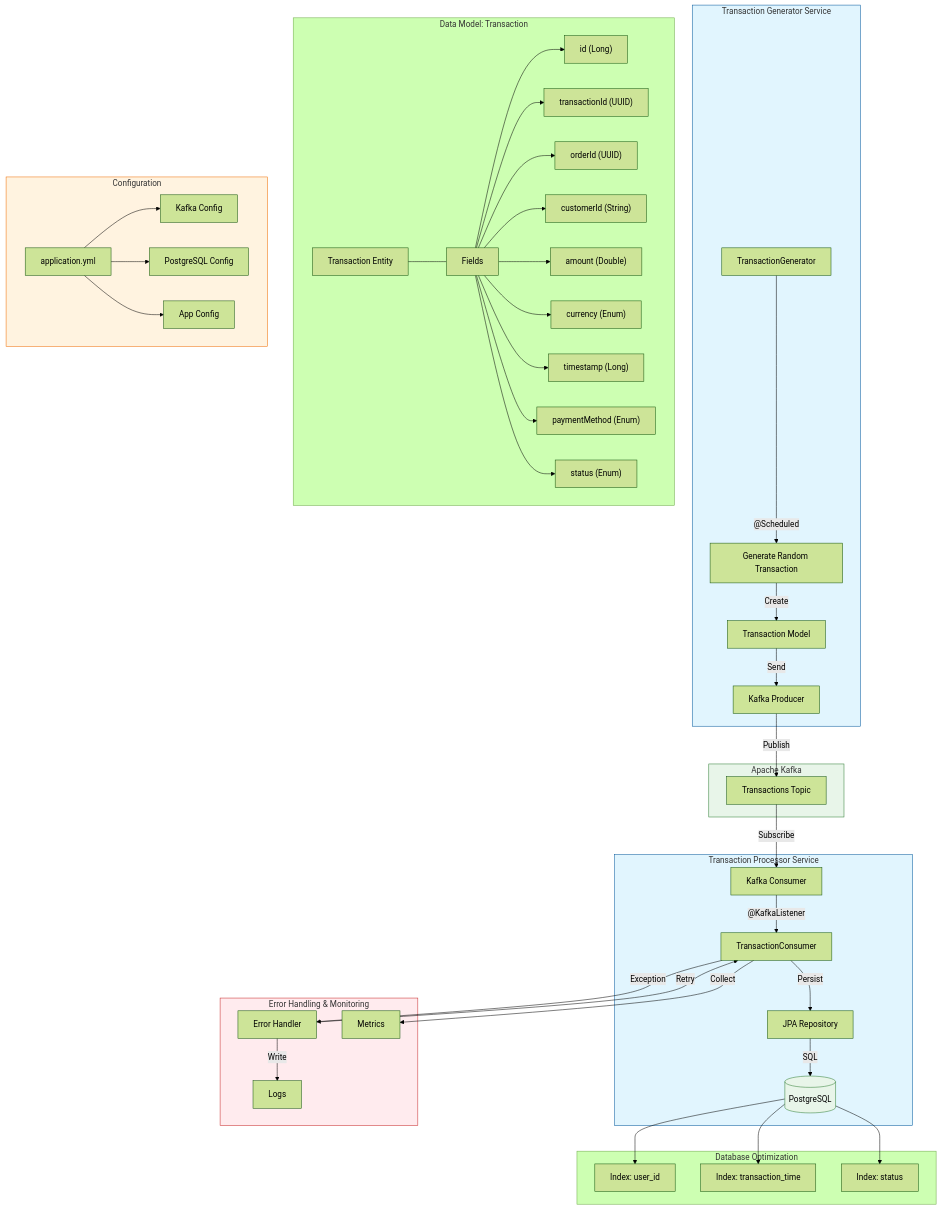
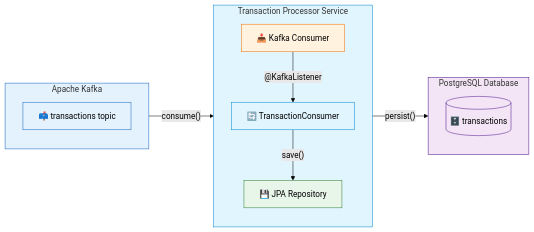
Before and after one commit to saumya-mt/Streaming-Based-E-Commerce-Transaction-Processing-System: the second of 4 diagrams in README.md, drawn with Mermaid (forest theme). The commit also changed other lines of this file, not shown here.

Commit message:
docs: Improve system flow diagrams with better visualization and organization

````diff
--- a/README.md
+++ b/README.md
@@ -13,87 +54,40 @@
 ```mermaid
-flowchart TB
-    %% Transaction Generator Service
-    subgraph TG["Transaction Generator Service"]
-        A[TransactionGenerator]
-        B[Generate Random Transaction]
-        C[Transaction Model]
-        D[Kafka Producer]
-        A -->|"@Scheduled"| B
-        B -->|"Create"| C
-        C -->|"Send"| D
+flowchart LR
+    subgraph KF["Apache Kafka"]
+        direction TB
+        E["📫 transactions topic"]
     end
 
-    %% Kafka
-    subgraph KF["Apache Kafka"]
-        E[Transactions Topic]
-        D -->|"Publish"| E
+    subgraph TP["Transaction Processor Service"]
+        direction TB
+        F["📥 Kafka Consumer"]
+        G["🔄 TransactionConsumer"]
+        H["💾 JPA Repository"]
     end
 
-    %% Transaction Processor Service
-    subgraph TP["Transaction Processor Service"]
-        F[Kafka Consumer]
-        G[TransactionConsumer]
-        H[JPA Repository]
-        I[(PostgreSQL)]
-        E -->|"Subscribe"| F
-        F -->|"@KafkaListener"| G
-        G -->|"Persist"| H
-        H -->|"SQL"| I
+    subgraph DB["PostgreSQL Database"]
+        direction TB
+        I[("🗄️ transactions")]
     end
 
-    %% Transaction Data Model
-    subgraph DM["Data Model: Transaction"]
-        J[Transaction Entity]
-        K[Fields]
-        J --- K
-        K --> K1["id (Long)"]
-        K --> K2["transactionId (UUID)"]
-        K --> K3["orderId (UUID)"]
-        K --> K4["customerId (String)"]
-        K --> K5["amount (Double)"]
-        K --> K6["currency (Enum)"]
-        K --> K7["timestamp (Long)"]
-        K --> K8["paymentMethod (Enum)"]
-        K --> K9["status (Enum)"]
-    end
+    E -->|"consume()"| F
+    F -->|"@KafkaListener"| G
+    G -->|"save()"| H
+    H -->|"persist()"| I
 
-    %% Error Handling & Monitoring
-    subgraph EH["Error Handling & Monitoring"]
-        O[Error Handler]
-        P[Logs]
-        Q[Metrics]
-        G -->|"Exception"| O
-        O -->|"Write"| P
-        O -->|"Retry"| G
-        G -->|"Collect"| Q
-    end
+    %% Styling
+    classDef kafka fill:#e3f2fd,stroke:#1565c0
+    classDef consumer fill:#fff3e0,stroke:#ef6c00
+    classDef processor fill:#e1f5fe,stroke:#0288d1
+    classDef repository fill:#e8f5e9,stroke:#2e7d32
+    classDef database fill:#f3e5f5,stroke:#4a148c
 
-    %% Configuration
-    subgraph CF["Configuration"]
-        M[application.yml]
-        N1["Kafka Config"]
-        N2["PostgreSQL Config"]
-        N3["App Config"]
-        M --> N1
-        M --> N2
-        M --> N3
-    end
-
-    %% Database Optimization
-    subgraph DB["Database Optimization"]
-        I --> L1["Index: user_id"]
-        I --> L2["Index: transaction_time"]
-        I --> L3["Index: status"]
-    end
-
-    %% Style definitions
-    classDef service fill:#e1f5fe,stroke:#01579b
-    classDef database fill:#e8f5e9,stroke:#2e7d32
-    classDef config fill:#fff3e0,stroke:#ef6c00
-    classDef error fill:#ffebee,stroke:#c62828
-
-    class TG,TP service
-    class KF,I database
-    class CF config
-    class EH error
+    class E kafka
+    class F consumer
+    class G processor
+    class H repository
+    class I database
+    class KF kafka
+    class TP processor
+    class DB database
 ```
````
